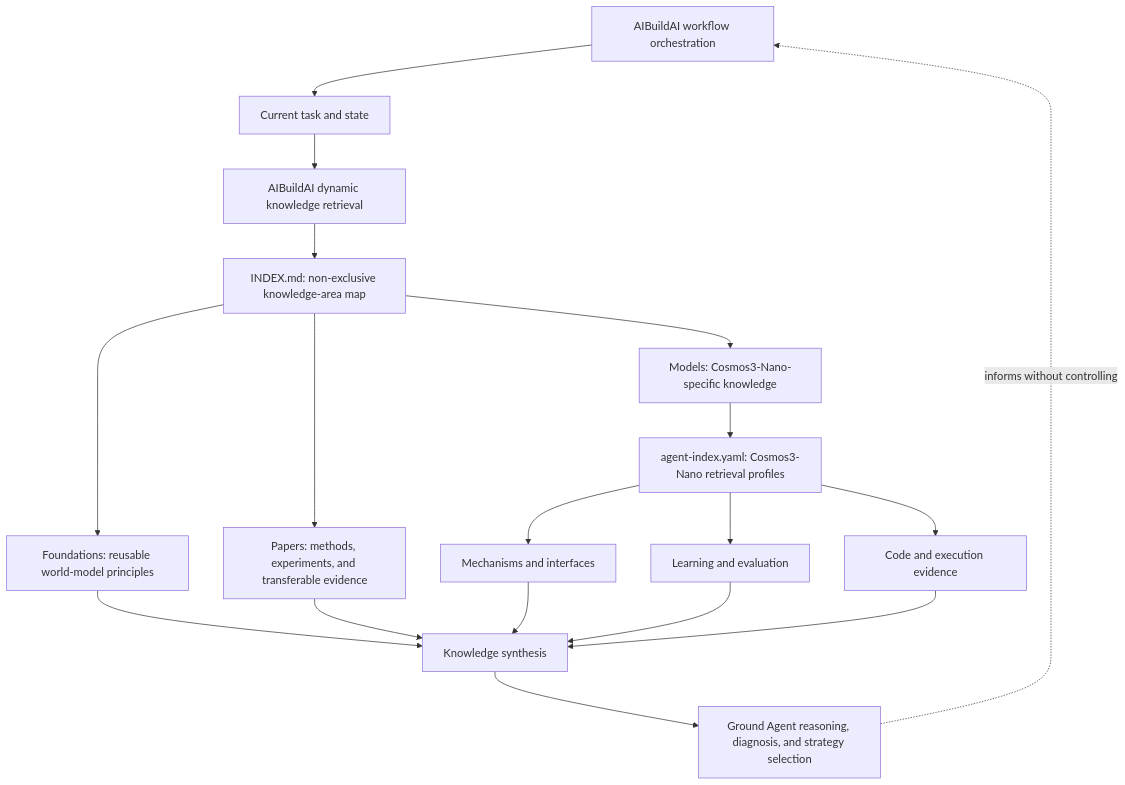
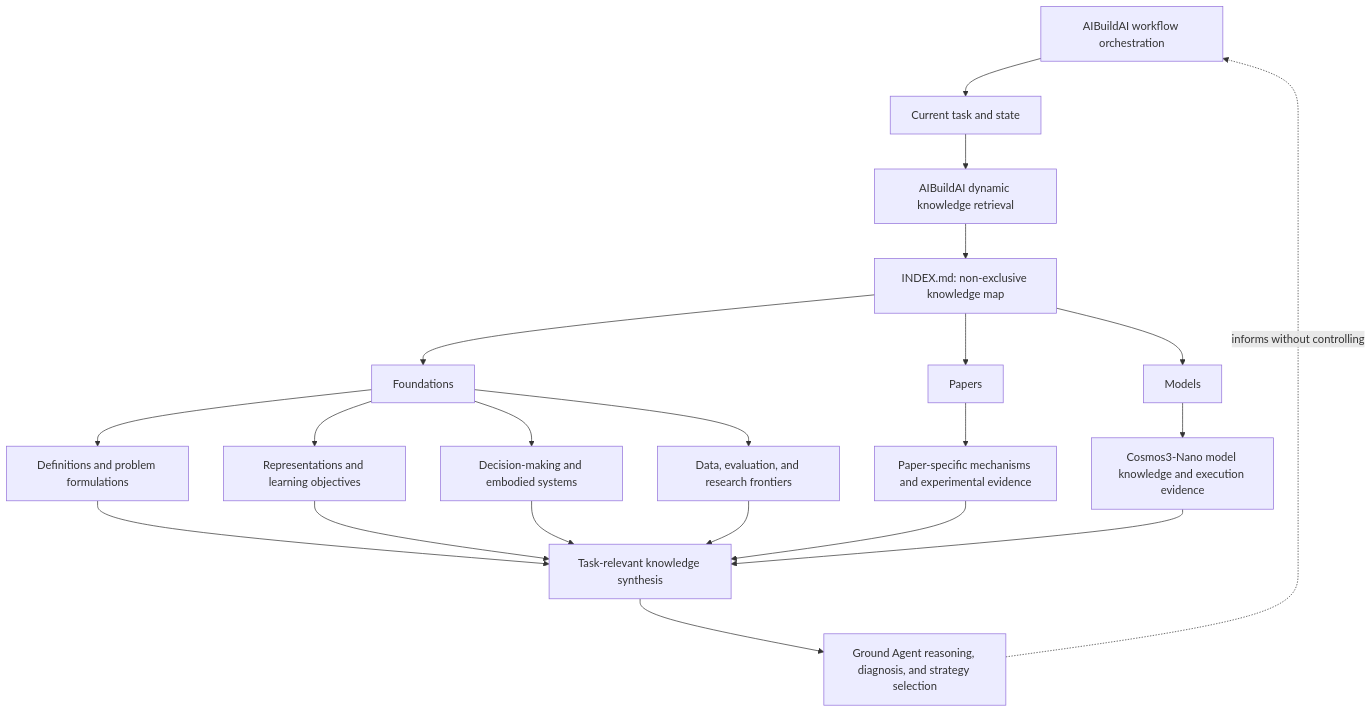
Before and after one commit to ABA-WM-Knowledge-Base/ABA-WM-Knowledge-Base: the diagram in README.md, drawn with Mermaid. The commit also changed other lines of this file and 60 other files, not shown here.

Commit message:
Build World Model Foundations knowledge layer

````diff
--- a/README.md
+++ b/README.md
@@ -28,24 +28,28 @@
 ```mermaid
 flowchart TD
     O["AIBuildAI workflow orchestration"] --> T["Current task and state"]
     T --> R["AIBuildAI dynamic knowledge retrieval"]
-    R --> I["INDEX.md: non-exclusive knowledge-area map"]
+    R --> I["INDEX.md: non-exclusive knowledge map"]
 
-    I --> F["Foundations: reusable world-model principles"]
-    I --> P["Papers: methods, experiments, and transferable evidence"]
-    I --> M["Models: Cosmos3-Nano-specific knowledge"]
+    I --> F["Foundations"]
+    I --> P["Papers"]
+    I --> M["Models"]
 
-    M --> C["agent-index.yaml: Cosmos3-Nano retrieval profiles"]
-    C --> MI["Mechanisms and interfaces"]
-    C --> LE["Learning and evaluation"]
-    C --> EX["Code and execution evidence"]
+    F --> F1["Definitions and problem formulations"]
+    F --> F2["Representations and learning objectives"]
+    F --> F3["Decision-making and embodied systems"]
+    F --> F4["Data, evaluation, and research frontiers"]
 
-    F --> S["Knowledge synthesis"]
-    P --> S
-    MI --> S
-    LE --> S
-    EX --> S
+    P --> PE["Paper-specific mechanisms and experimental evidence"]
+    M --> C["Cosmos3-Nano model knowledge and execution evidence"]
+
+    F1 --> S["Task-relevant knowledge synthesis"]
+    F2 --> S
+    F3 --> S
+    F4 --> S
+    PE --> S
+    C --> S
 
     S --> D["Ground Agent reasoning, diagnosis, and strategy selection"]
     D -.->|informs without controlling| O
 ```
````
